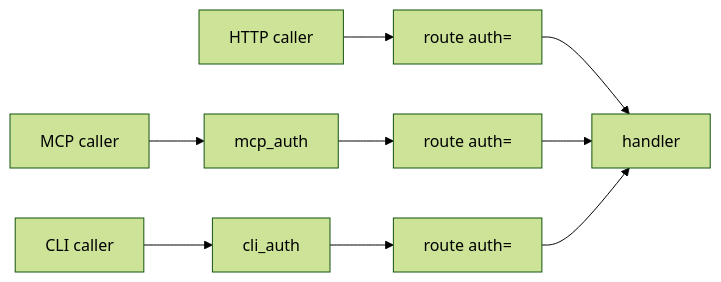
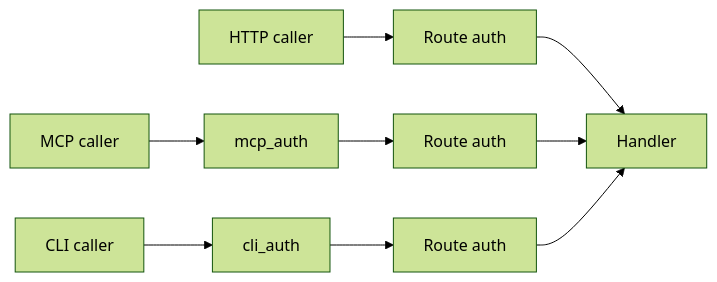
One commit to yanurag-dev/quater changed the second of 2 diagrams in docs/en/dev/index.md. Above: the diagram before and after it, drawn with Mermaid (forest theme). The commit also changed other lines of this file, not shown here.

Commit message:
Fixed docs Mermaid diagrams.

````diff
--- a/docs/en/dev/index.md
+++ b/docs/en/dev/index.md
@@ -160,6 +160,6 @@
 ```mermaid
 flowchart LR
-    api["HTTP caller"] --> api_auth["route auth="] --> handler["handler"]
-    mcp["MCP caller"] --> mcp_auth["mcp_auth"] --> mcp_route["route auth="] --> handler
-    cli["CLI caller"] --> cli_auth["cli_auth"] --> cli_route["route auth="] --> handler
+    api["HTTP caller"] --> api_auth["Route auth"] --> handler["Handler"]
+    mcp["MCP caller"] --> mcp_auth["mcp_auth"] --> mcp_route["Route auth"] --> handler
+    cli["CLI caller"] --> cli_auth["cli_auth"] --> cli_route["Route auth"] --> handler
 ```
````
